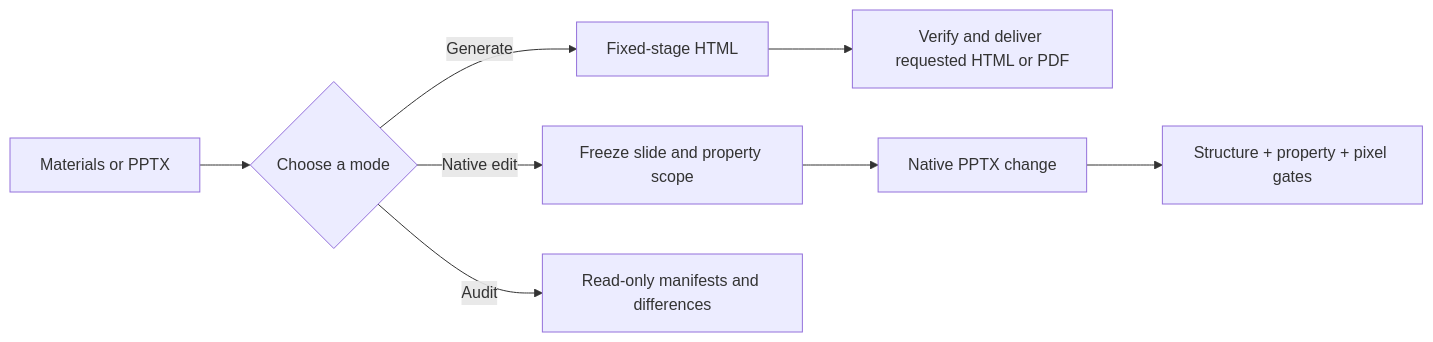
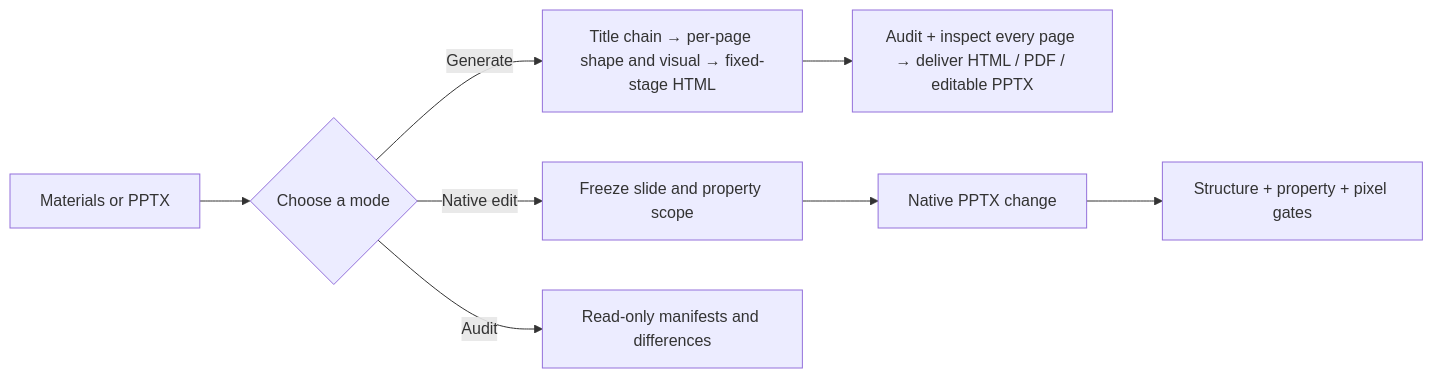
The diagram in .github/README.en.md (jiefeis/deck-forge), drawn with Mermaid before and after one commit. The commit also changed other lines of this file and 1 other file, not shown here.

````diff
--- a/.github/README.en.md
+++ b/.github/README.en.md
@@ -65,10 +44,10 @@
 ```mermaid
 flowchart LR
     A[Materials or PPTX] --> B{Choose a mode}
-    B -->|Generate| C[Fixed-stage HTML]
-    C --> D[Verify and deliver requested HTML or PDF]
+    B -->|Generate| C[Title chain → per-page shape and visual → fixed-stage HTML]
+    C --> D[Audit + inspect every page → deliver HTML / PDF / editable PPTX]
     B -->|Native edit| E[Freeze slide and property scope]
     E --> F[Native PPTX change]
     F --> G[Structure + property + pixel gates]
     B -->|Audit| H[Read-only manifests and differences]
 ```
````
